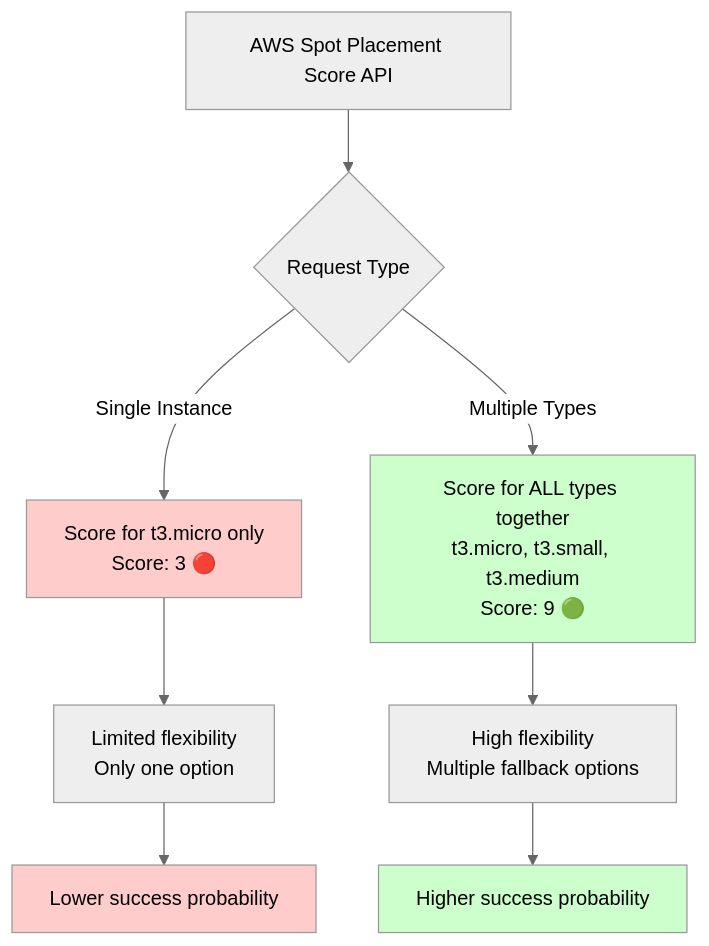
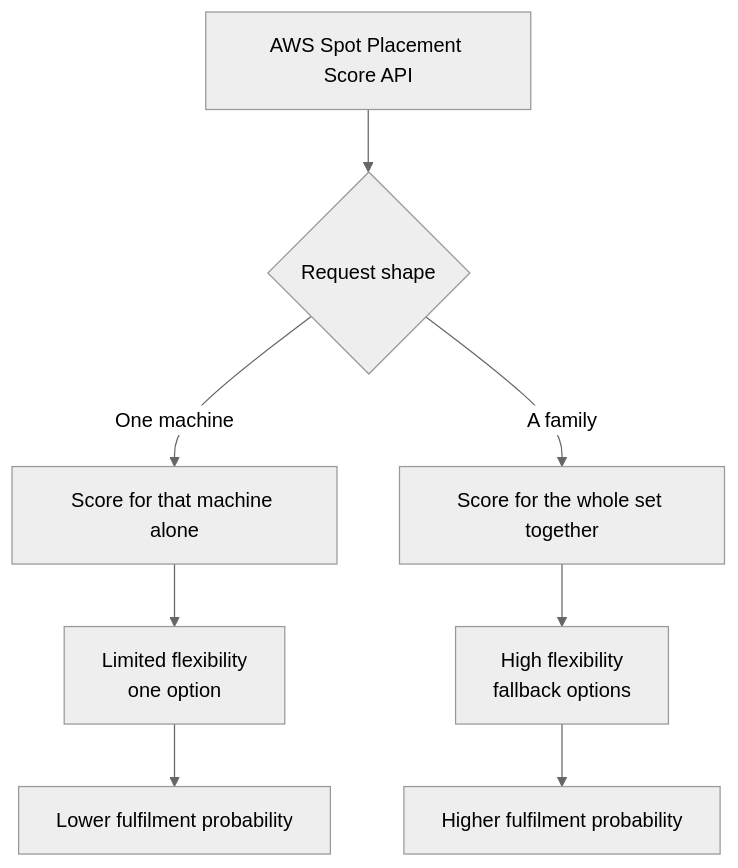
The diagram in docs/aws-spot-placement-scores.md (alexei-led/spotinfo), drawn with Mermaid (neutral theme) before and after one commit. The commit also changed other lines of this file and 206 other files, not shown here.

First line of the commit message:
feat!: one vocabulary, two cloud-neutral commands, one schema family (#39)

````diff
--- a/docs/aws-spot-placement-scores.md
+++ b/docs/aws-spot-placement-scores.md
@@ -23,17 +41,12 @@
 ```mermaid
 graph TD
-    A[AWS Spot Placement Score API] --> B{Request Type}
-    B -->|Single Instance| C[Score for t3.micro only<br/>Score: 3 🔴]
-    B -->|Multiple Types| D[Score for ALL types together<br/>t3.micro, t3.small, t3.medium<br/>Score: 9 🟢]
-    
-    C --> E[Limited flexibility<br/>Only one option]
-    D --> F[High flexibility<br/>Multiple fallback options]
-    
-    E --> G[Lower success probability]
-    F --> H[Higher success probability]
-    
-    style C fill:#ffcccc
-    style D fill:#ccffcc
-    style G fill:#ffcccc
-    style H fill:#ccffcc
+    A[AWS Spot Placement Score API] --> B{Request shape}
+    B -->|One machine| C[Score for that machine alone]
+    B -->|A family| D[Score for the whole set together]
+
+    C --> E[Limited flexibility<br/>one option]
+    D --> F[High flexibility<br/>fallback options]
+
+    E --> G[Lower fulfilment probability]
+    F --> H[Higher fulfilment probability]
 ```
````
